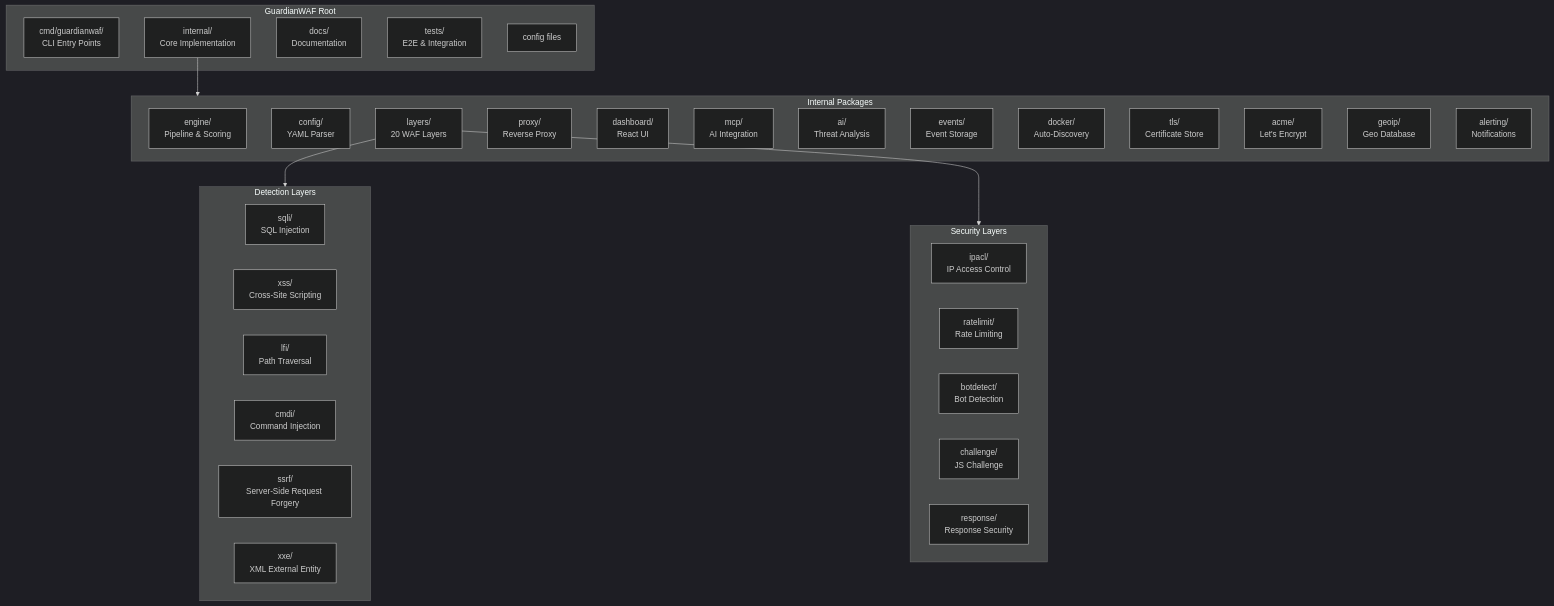
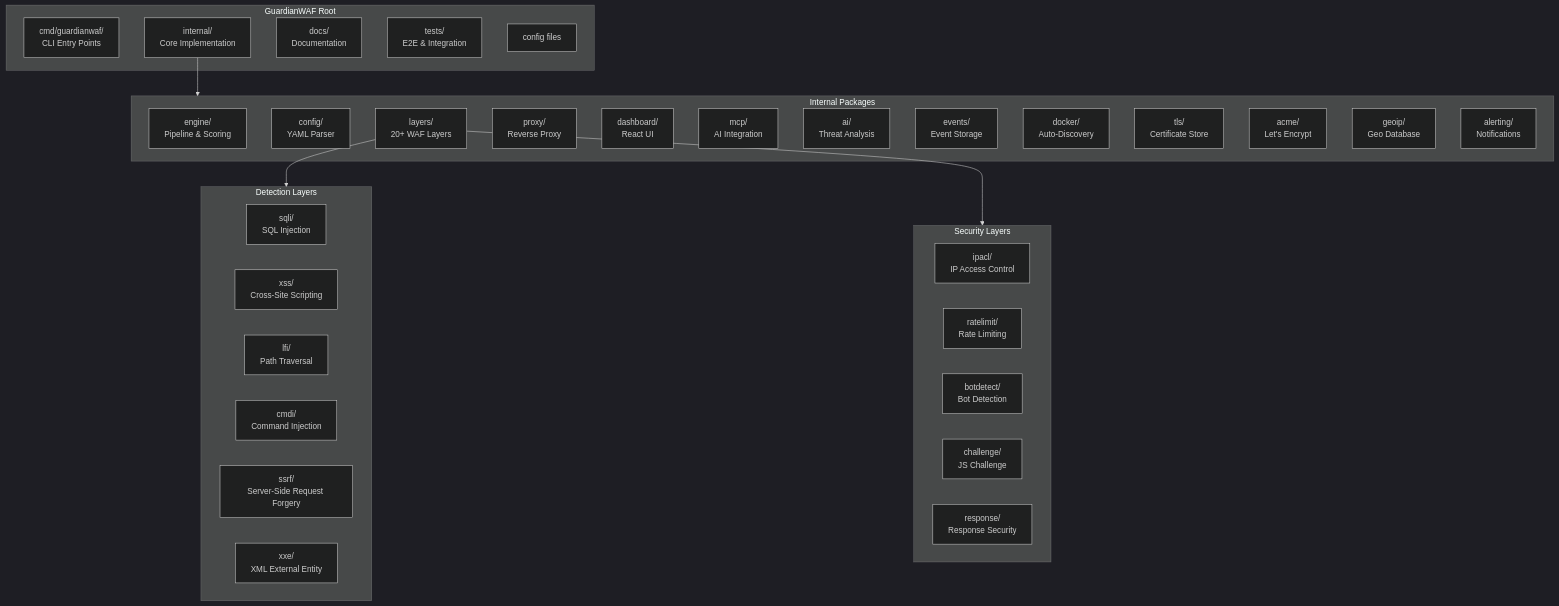
Before and after one commit to GuardianWAF/GuardianWAF: the seventh of 7 diagrams in docs/ARCHITECTURE.md, drawn with Mermaid (dark theme). The commit also changed other lines of this file and 46 other files, not shown here.

First line of the commit message:
docs: expand ADRs 0001-0006 to full format with diagrams (#1)

````diff
--- a/docs/ARCHITECTURE.md
+++ b/docs/ARCHITECTURE.md
@@ -388,48 +391,48 @@
 ```mermaid
 flowchart TB
     subgraph Root["GuardianWAF Root"]
         CMD["cmd/guardianwaf/<br/>CLI Entry Points"]
         Internal["internal/<br/>Core Implementation"]
         Docs["docs/<br/>Documentation"]
         Tests["tests/<br/>E2E & Integration"]
         Config["config files"]
     end
 
     subgraph Internal_Pkgs["Internal Packages"]
         Engine["engine/<br/>Pipeline & Scoring"]
         ConfigPkg["config/<br/>YAML Parser"]
-        Layers["layers/<br/>20 WAF Layers"]
+        Layers["layers/<br/>20+ WAF Layers"]
         Proxy["proxy/<br/>Reverse Proxy"]
         Dashboard["dashboard/<br/>React UI"]
         MCP["mcp/<br/>AI Integration"]
         AI_Pkg["ai/<br/>Threat Analysis"]
         Events["events/<br/>Event Storage"]
         Docker["docker/<br/>Auto-Discovery"]
         TLS["tls/<br/>Certificate Store"]
         ACME["acme/<br/>Let's Encrypt"]
         GeoIP["geoip/<br/>Geo Database"]
         Alerting["alerting/<br/>Notifications"]
     end
 
     Internal --> Internal_Pkgs
 
     subgraph Detection["Detection Layers"]
         SQLi["sqli/<br/>SQL Injection"]
         XSS["xss/<br/>Cross-Site Scripting"]
         LFI["lfi/<br/>Path Traversal"]
         CMDi["cmdi/<br/>Command Injection"]
         SSRF["ssrf/<br/>Server-Side Request Forgery"]
         XXE["xxe/<br/>XML External Entity"]
     end
 
     subgraph Security["Security Layers"]
         IPACL["ipacl/<br/>IP Access Control"]
         RateLimit["ratelimit/<br/>Rate Limiting"]
         BotDetect["botdetect/<br/>Bot Detection"]
         Challenge["challenge/<br/>JS Challenge"]
         Response["response/<br/>Response Security"]
     end
 
     Layers --> Detection
     Layers --> Security
 ```
````
